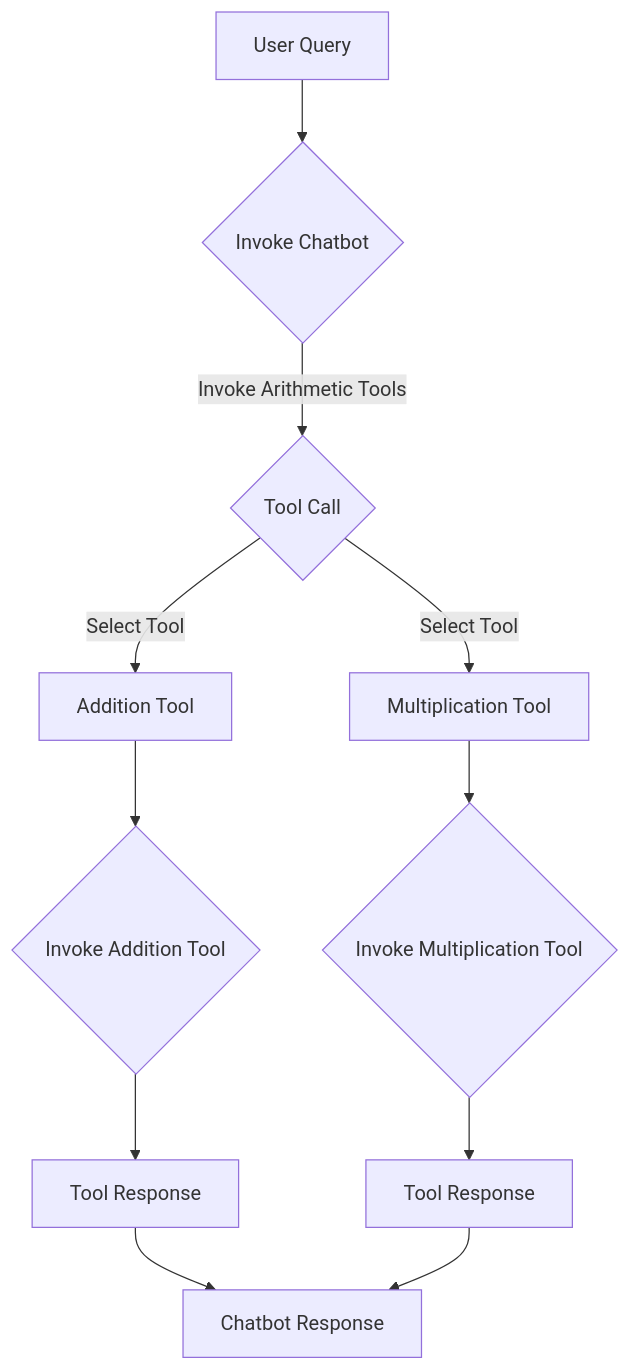
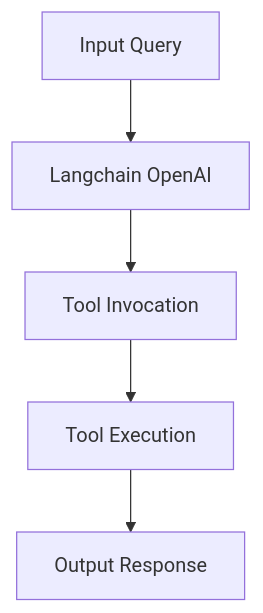
The diagram in simple_calculator_tool/README.md (Patotricks15/Generative-AI-projects), drawn with Mermaid before and after one commit. The commit also changed other lines of this file and 22 other files, not shown here.

````diff
--- a/simple_calculator_tool/README.md
+++ b/simple_calculator_tool/README.md
@@ -11,13 +11,7 @@
 ```mermaid
 flowchart TD
-A[User Query] --> B{Invoke Chatbot}
-B --> |Invoke Arithmetic Tools| C{Tool Call}
-C --> |Select Tool| D[Addition Tool]
-C --> |Select Tool| E[Multiplication Tool]
-D --> F{Invoke Addition Tool}
-E --> G{Invoke Multiplication Tool}
-F --> H[Tool Response]
-G --> I[Tool Response]
-H --> J[Chatbot Response]
-I --> J
+A[Input Query] --> B[Langchain OpenAI]
+B --> C[Tool Invocation]
+C --> D[Tool Execution]
+D --> E[Output Response]
 ```
````
